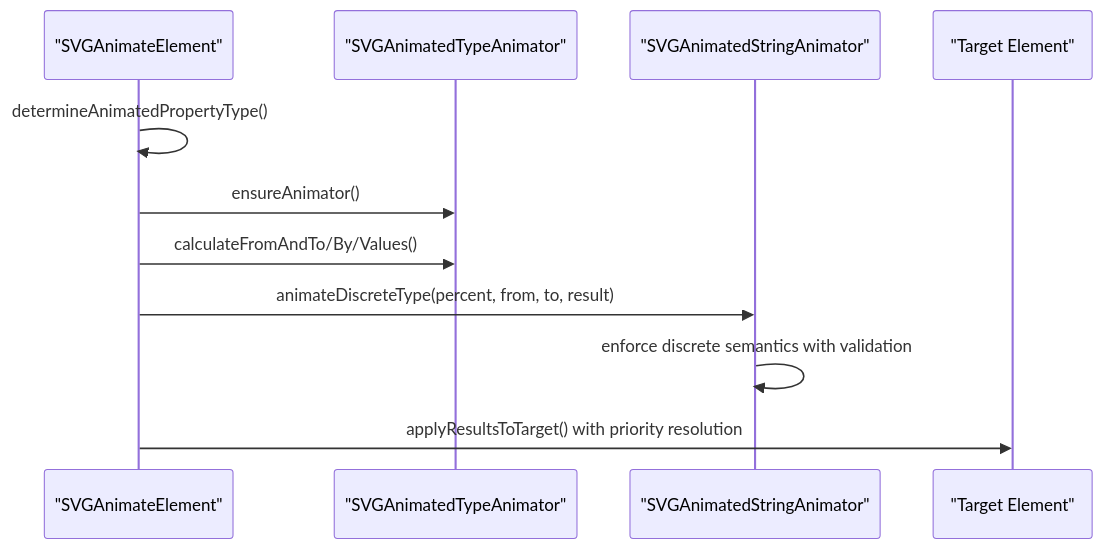
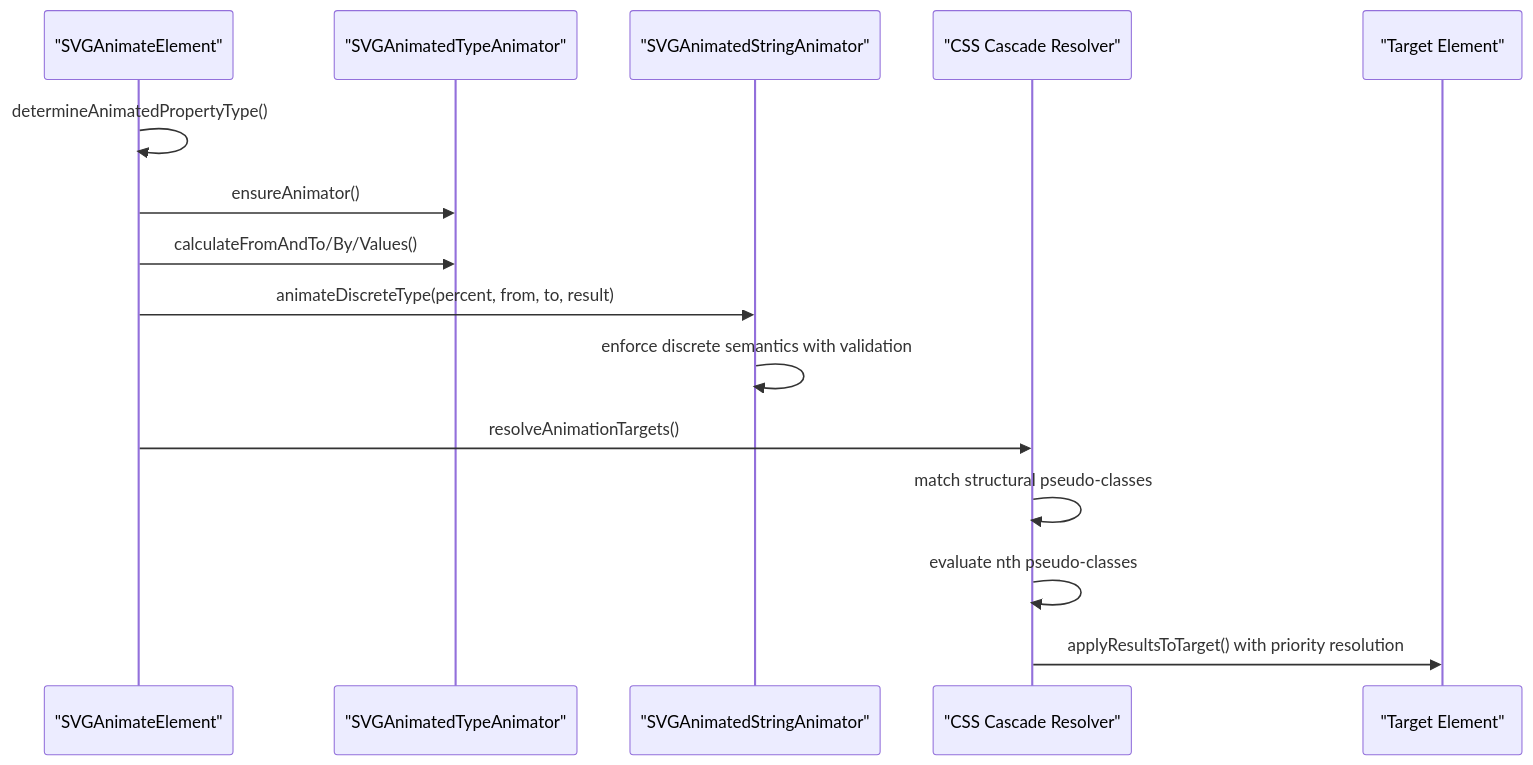
One commit to denisnadey/flutter_full_svg_support changed the eighth of 14 diagrams in .qoder/repowiki/en/content/Animated SVG Support/SMIL Animation Specification/SMIL Animation Specification.md. Above: the diagram before and after it, drawn with Mermaid. The commit also changed other lines of this file and 25 other files, not shown here.

````diff
--- a/.qoder/repowiki/en/content/Animated SVG Support/SMIL Animation Specification/SMIL Animation Specification.md
+++ b/.qoder/repowiki/en/content/Animated SVG Support/SMIL Animation Specification/SMIL Animation Specification.md
@@ -437,13 +580,17 @@
 ```mermaid
 sequenceDiagram
 participant AE as "SVGAnimateElement"
 participant AT as "SVGAnimatedTypeAnimator"
 participant SA as "SVGAnimatedStringAnimator"
+participant CSSResolver as "CSS Cascade Resolver"
 participant Target as "Target Element"
 AE->>AE : determineAnimatedPropertyType()
 AE->>AT : ensureAnimator()
 AE->>AT : calculateFromAndTo/By/Values()
 AE->>SA : animateDiscreteType(percent, from, to, result)
 SA->>SA : enforce discrete semantics with validation
-AE->>Target : applyResultsToTarget() with priority resolution
+AE->>CSSResolver : resolveAnimationTargets()
+CSSResolver->>CSSResolver : match structural pseudo-classes
+CSSResolver->>CSSResolver : evaluate nth pseudo-classes
+CSSResolver->>Target : applyResultsToTarget() with priority resolution
 ```
````
